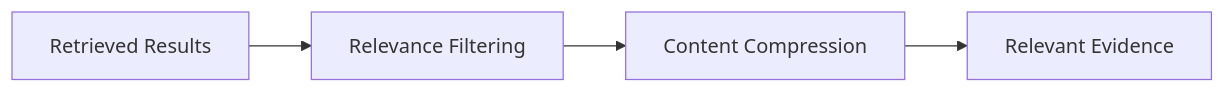
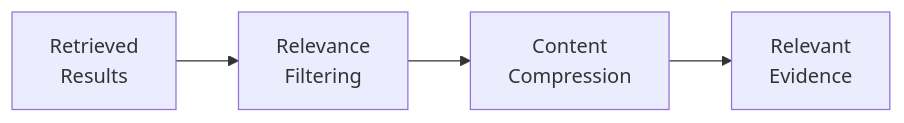
The third of 6 diagrams in docs/architecture-insights/genai-and-rag/3.1-engineering-the-context-control-layer-for-enterprise-retrieval.md (MihirKJha/enterprise-ai-blog), drawn with Mermaid before and after one commit. The commit also changed other lines of this file, not shown here.

````diff
--- a/docs/architecture-insights/genai-and-rag/3.1-engineering-the-context-control-layer-for-enterprise-retrieval.md
+++ b/docs/architecture-insights/genai-and-rag/3.1-engineering-the-context-control-layer-for-enterprise-retrieval.md
@@ -182,6 +182,6 @@
 ```mermaid
 graph LR
-    A[Retrieved Results] --> B[Relevance Filtering]
-    B --> C[Content Compression]
-    C --> D[Relevant Evidence]
+    A[Retrieved<br/>Results] --> B[Relevance<br/>Filtering]
+    B --> C[Content<br/>Compression]
+    C --> D[Relevant<br/>Evidence]
 ```
````
